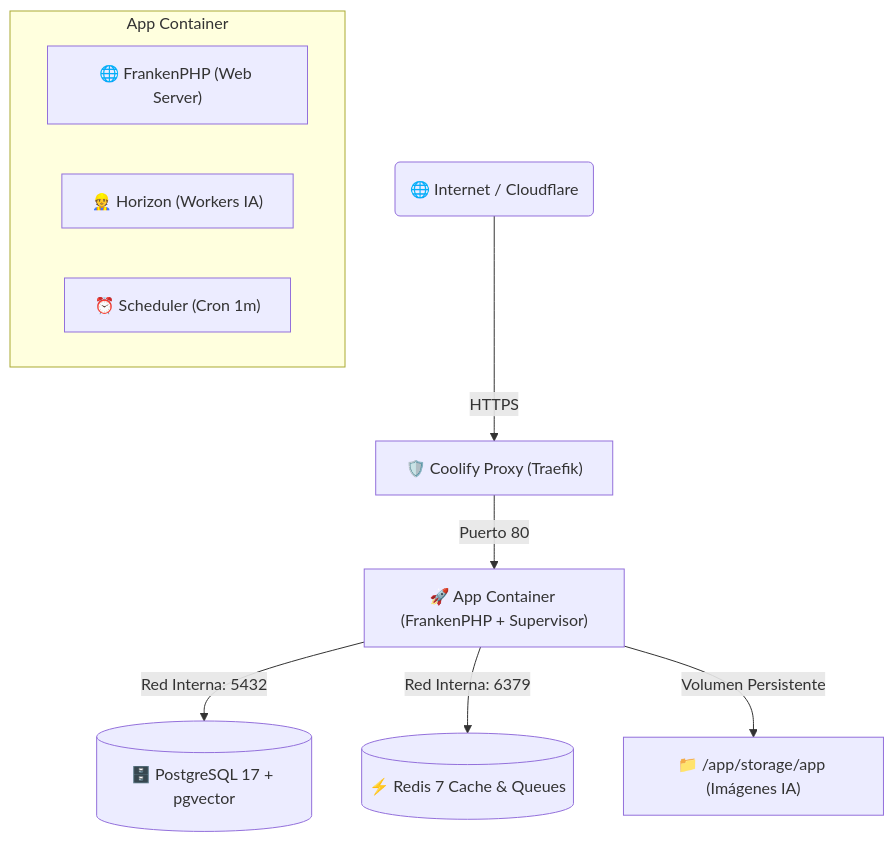
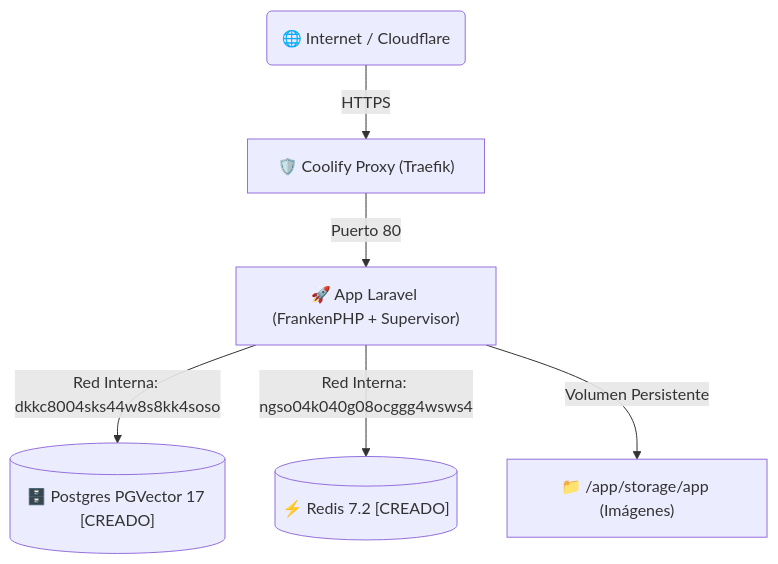
One commit to funcion/news changed the diagram in docs/deploy_coolify.md. Above: the diagram before and after it, drawn with Mermaid. The commit also changed other lines of this file, not shown here.

````diff
--- a/docs/deploy_coolify.md
+++ b/docs/deploy_coolify.md
@@ -15,15 +9,9 @@
 ```mermaid
 graph TD
     User("🌐 Internet / Cloudflare") -->|HTTPS| Traefik["🛡️ Coolify Proxy (Traefik)"]
-    Traefik -->|Puerto 80| App["🚀 App Container (FrankenPHP + Supervisor)"]
-    
-    subgraph App Container
-        Franken["🌐 FrankenPHP (Web Server)"]
-        Horizon["👷 Horizon (Workers IA)"]
-        Scheduler["⏰ Scheduler (Cron 1m)"]
-    end
-    
-    App -->|Red Interna: 5432| Postgres[("🗄️ PostgreSQL 17 + pgvector")]
-    App -->|Red Interna: 6379| Redis[("⚡ Redis 7 Cache & Queues")]
-    App -->|Volumen Persistente| StorageVol["📁 /app/storage/app (Imágenes IA)"]
+    Traefik -->|Puerto 80| App["🚀 App Laravel (FrankenPHP + Supervisor)"]
+
+    App -->|Red Interna: dkkc8004sks44w8s8kk4soso| Postgres[("🗄️ Postgres PGVector 17 [CREADO]")]
+    App -->|Red Interna: ngso04k040g08ocggg4wsws4| Redis[("⚡ Redis 7.2 [CREADO]")]
+    App -->|Volumen Persistente| StorageVol["📁 /app/storage/app (Imágenes)"]
 ```
````
